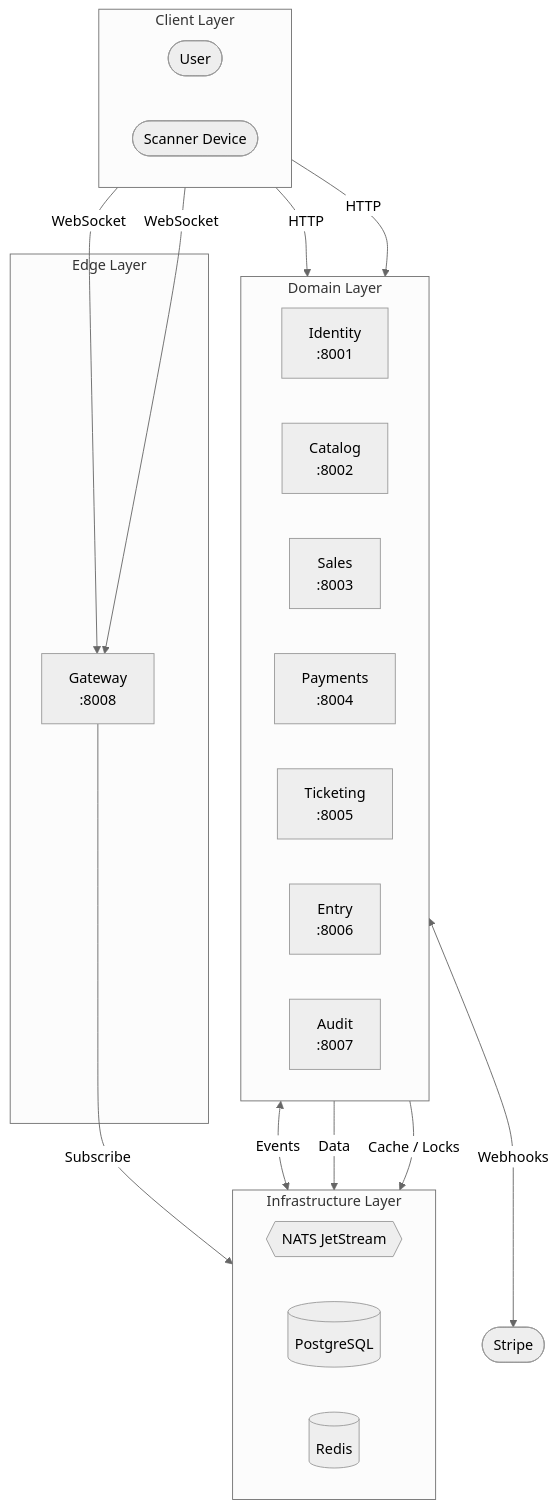
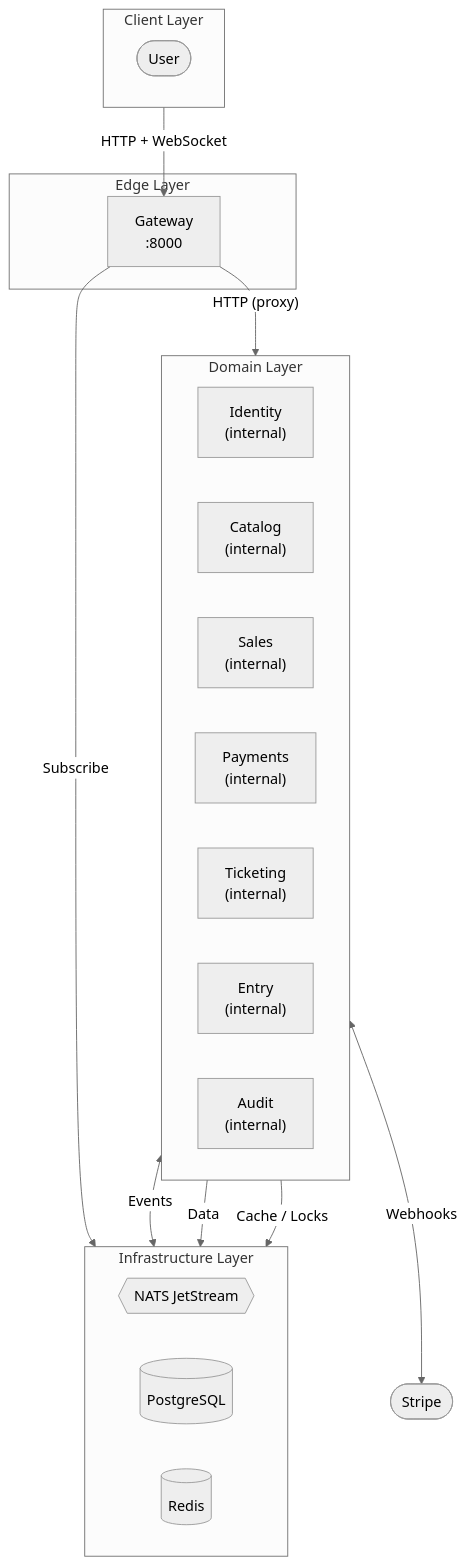
The first of 2 diagrams in docs/api/ARCHITECTURE.md (cristiangilsanz/qrew), drawn with Mermaid (neutral theme) before and after one commit. The commit also changed other lines of this file and 60 other files, not shown here.

````diff
--- a/docs/api/ARCHITECTURE.md
+++ b/docs/api/ARCHITECTURE.md
@@ -18,50 +20,47 @@
 ```mermaid
 flowchart TB
     subgraph CL["Client Layer"]
         direction LR
         mobile(["User"])
-        scanner(["Scanner Device"])
     end
 
     subgraph EL["Edge Layer"]
-        gw["Gateway\n:8008"]
+        gw["Gateway\n:8000"]
     end
 
     subgraph DL["Domain Layer"]
         direction LR
-        id["Identity\n:8001"]
-        cat["Catalog\n:8002"]
-        sal["Sales\n:8003"]
-        pay["Payments\n:8004"]
-        tkt["Ticketing\n:8005"]
-        ent["Entry\n:8006"]
-        aud["Audit\n:8007"]
+        id["Identity\n(internal)"]
+        cat["Catalog\n(internal)"]
+        sal["Sales\n(internal)"]
+        pay["Payments\n(internal)"]
+        tkt["Ticketing\n(internal)"]
+        ent["Entry\n(internal)"]
+        aud["Audit\n(internal)"]
     end
 
     subgraph IL["Infrastructure Layer"]
         direction LR
         nats{{"NATS JetStream"}}
         pg[("PostgreSQL")]
         redis[("Redis")]
     end
 
     stripe(["Stripe"])
 
-    mobile      -->|"HTTP"| DL
-    mobile      -->|"WebSocket"| gw
-    scanner     -->|"WebSocket"| gw
-    scanner     -->|"HTTP"| ent
+    mobile      -->|"HTTP + WebSocket"| gw
 
+    gw          -->|"HTTP (proxy)"| DL
     gw          -->|"Subscribe"| nats
 
     DL          <-->|"Events"| nats
     DL          -->|"Data"| pg
     DL          -->|"Cache / Locks"| redis
 
     pay         <-->|"Webhooks"| stripe
 
     style CL padding:20px
     style EL padding:20px
     style DL padding:20px
     style IL padding:20px
 ```
````
